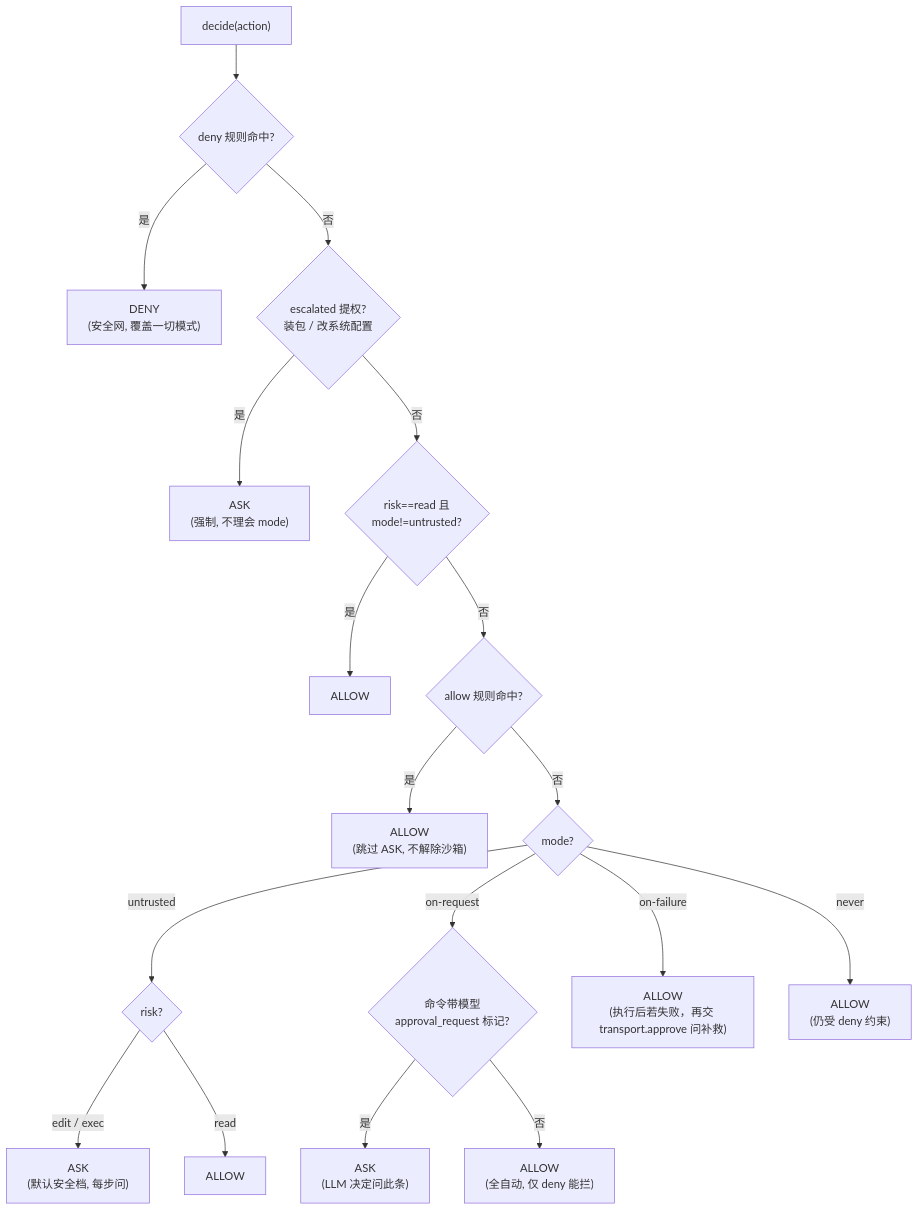
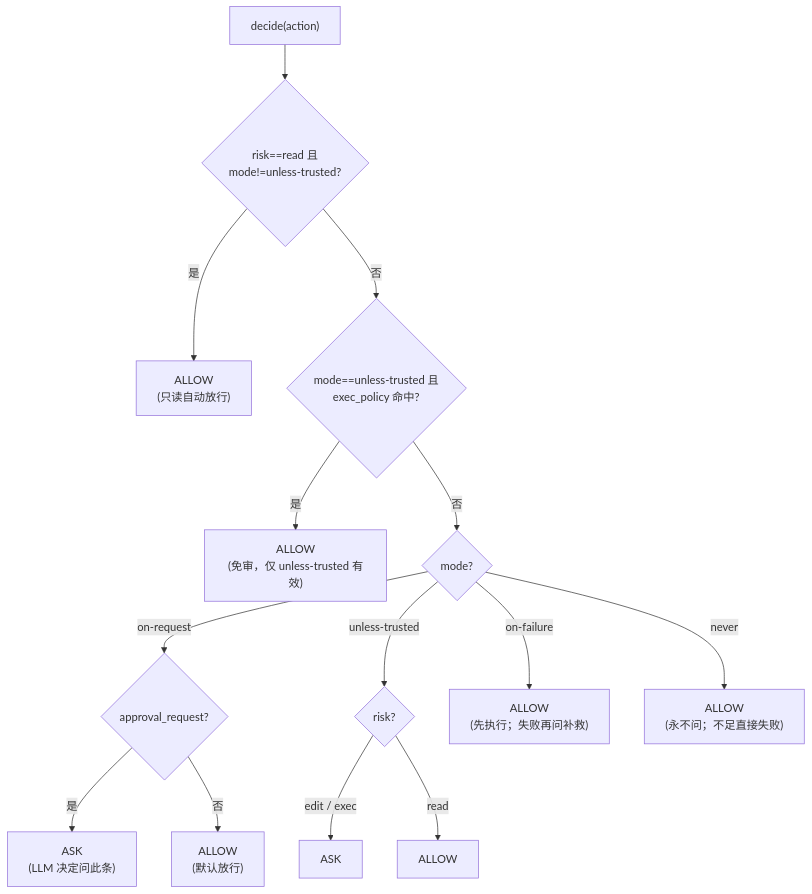
The third of 3 diagrams in knowledge/sandbox-approval-design.md (SyncFunc/work-agent), drawn with Mermaid before and after one commit. The commit also changed other lines of this file and 26 other files, not shown here.

````diff
--- a/knowledge/sandbox-approval-design.md
+++ b/knowledge/sandbox-approval-design.md
@@ -352,20 +303,16 @@
 ```mermaid
 flowchart TD
-    D["decide(action)"] --> Q1{"deny 规则命中?"}
-    Q1 -- "是" --> DN["DENY<br/>(安全网, 覆盖一切模式)"]
-    Q1 -- "否" --> QE{"escalated 提权?<br/>装包 / 改系统配置"}
-    QE -- "是" --> SH["ASK<br/>(强制, 不理会 mode)"]
-    QE -- "否" --> Q2{"risk==read 且<br/>mode!=untrusted?"}
-    Q2 -- "是" --> A1["ALLOW"]
-    Q2 -- "否" --> Q3{"allow 规则命中?"}
-    Q3 -- "是" --> A2["ALLOW<br/>(跳过 ASK, 不解除沙箱)"]
-    Q3 -- "否" --> Q4{"mode?"}
-    Q4 -- "untrusted" --> Q5{"risk?"}
-    Q5 -- "edit / exec" --> S["ASK<br/>(默认安全档, 每步问)"]
-    Q5 -- "read" --> A3["ALLOW"]
-    Q4 -- "on-request" --> Q6{"命令带模型<br/>approval_request 标记?"}
-    Q6 -- "是" --> S2["ASK<br/>(LLM 决定问此条)"]
-    Q6 -- "否" --> A4["ALLOW<br/>(全自动, 仅 deny 能拦)"]
-    Q4 -- "on-failure" --> A5["ALLOW<br/>(执行后若失败，再交 transport.approve 问补救)"]
-    Q4 -- "never" --> A6["ALLOW<br/>(仍受 deny 约束)"]
+    D["decide(action)"] --> Q1{"risk==read 且<br/>mode!=unless-trusted?"}
+    Q1 -- "是" --> A1["ALLOW<br/>(只读自动放行)"]
+    Q1 -- "否" --> Q2{"mode==unless-trusted 且<br/>exec_policy 命中?"}
+    Q2 -- "是" --> A2["ALLOW<br/>(免审，仅 unless-trusted 有效)"]
+    Q2 -- "否" --> Q3{"mode?"}
+    Q3 -- "on-request" --> Q4{"approval_request?"}
+    Q4 -- "是" --> S1["ASK<br/>(LLM 决定问此条)"]
+    Q4 -- "否" --> A3["ALLOW<br/>(默认放行)"]
+    Q3 -- "unless-trusted" --> Q5{"risk?"}
+    Q5 -- "edit / exec" --> S2["ASK"]
+    Q5 -- "read" --> A4["ALLOW"]
+    Q3 -- "on-failure" --> A5["ALLOW<br/>(先执行；失败再问补救)"]
+    Q3 -- "never" --> A6["ALLOW<br/>(永不问；不足直接失败)"]
 ```
````
